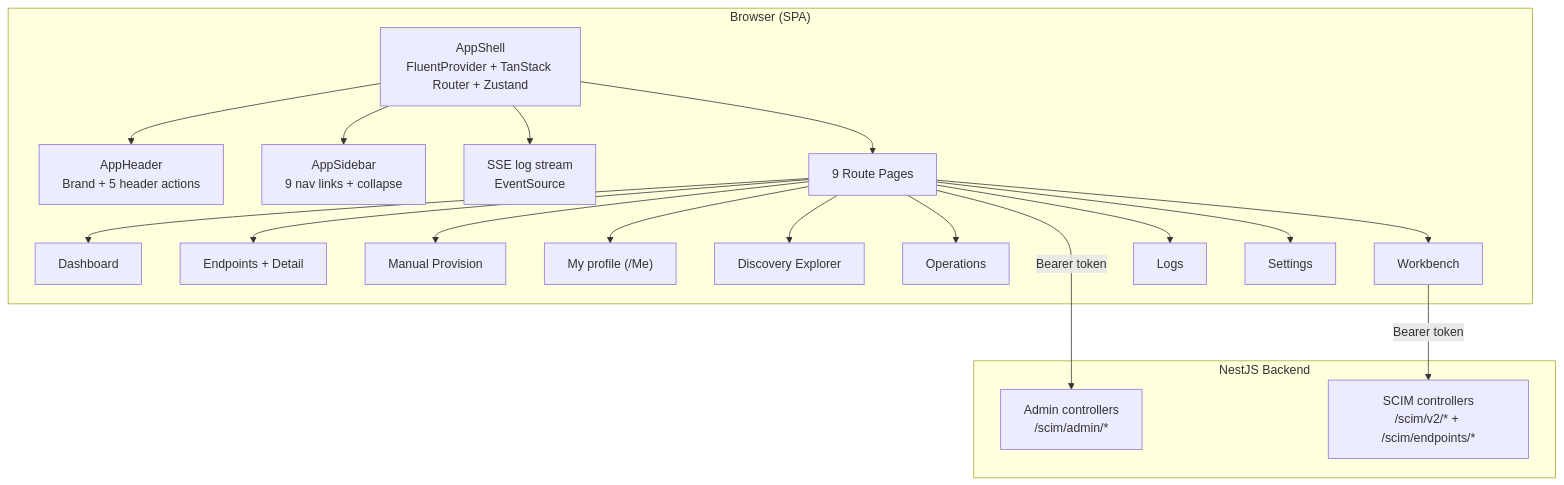
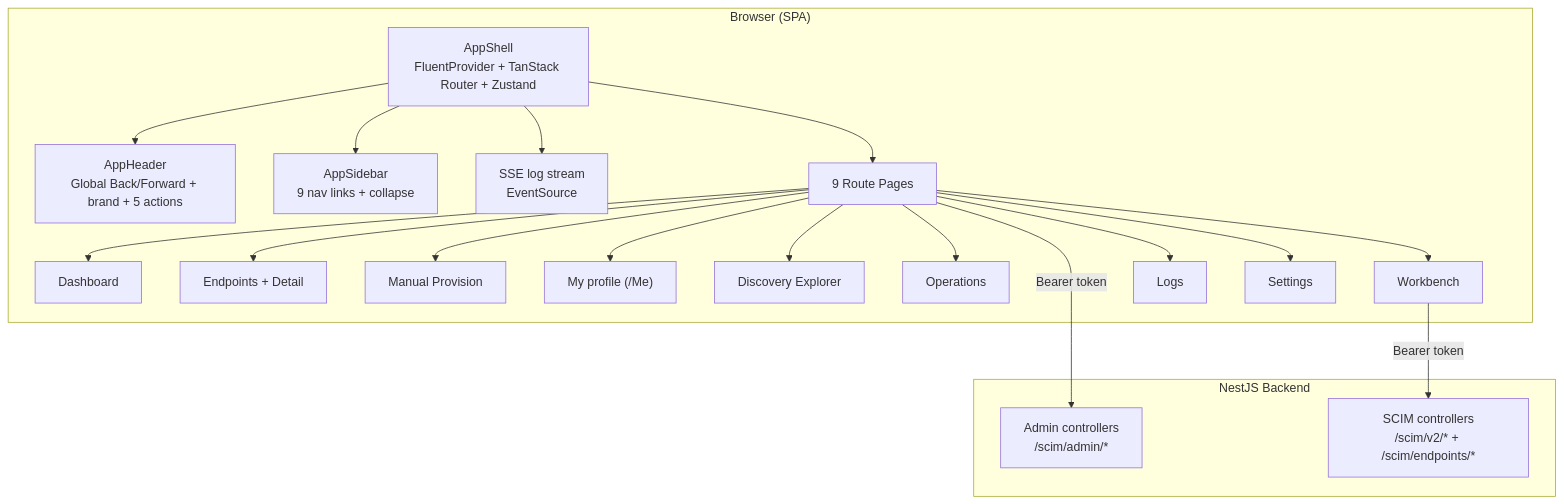
One commit to pranems/SCIMServer changed the first of 2 diagrams in docs/UI_GUIDE.md. Above: the diagram before and after it, drawn with Mermaid. The commit also changed other lines of this file and 59 other files, not shown here.

````diff
--- a/docs/UI_GUIDE.md
+++ b/docs/UI_GUIDE.md
@@ -45,27 +45,27 @@
 ```mermaid
 flowchart TB
     subgraph Browser["Browser (SPA)"]
         Shell["AppShell<br/>FluentProvider + TanStack Router + Zustand"]
-        Shell --> Header["AppHeader<br/>Brand + 5 header actions"]
+        Shell --> Header["AppHeader<br/>Global Back/Forward + brand + 5 actions"]
         Shell --> Sidebar["AppSidebar<br/>9 nav links + collapse"]
         Shell --> SSE["SSE log stream<br/>EventSource"]
         Shell --> Pages["9 Route Pages"]
         Pages --> P1["Dashboard"]
         Pages --> P2["Endpoints + Detail"]
         Pages --> P3["Manual Provision"]
         Pages --> P4["My profile (/Me)"]
         Pages --> P5["Discovery Explorer"]
         Pages --> P6["Operations"]
         Pages --> P7["Workbench"]
         Pages --> P8["Logs"]
         Pages --> P9["Settings"]
     end
 
     subgraph API["NestJS Backend"]
         Admin["Admin controllers<br/>/scim/admin/*"]
         Scim["SCIM controllers<br/>/scim/v2/* + /scim/endpoints/*"]
     end
 
     Pages -->|Bearer token| Admin
     P7 -->|Bearer token| Scim
 ```
````
